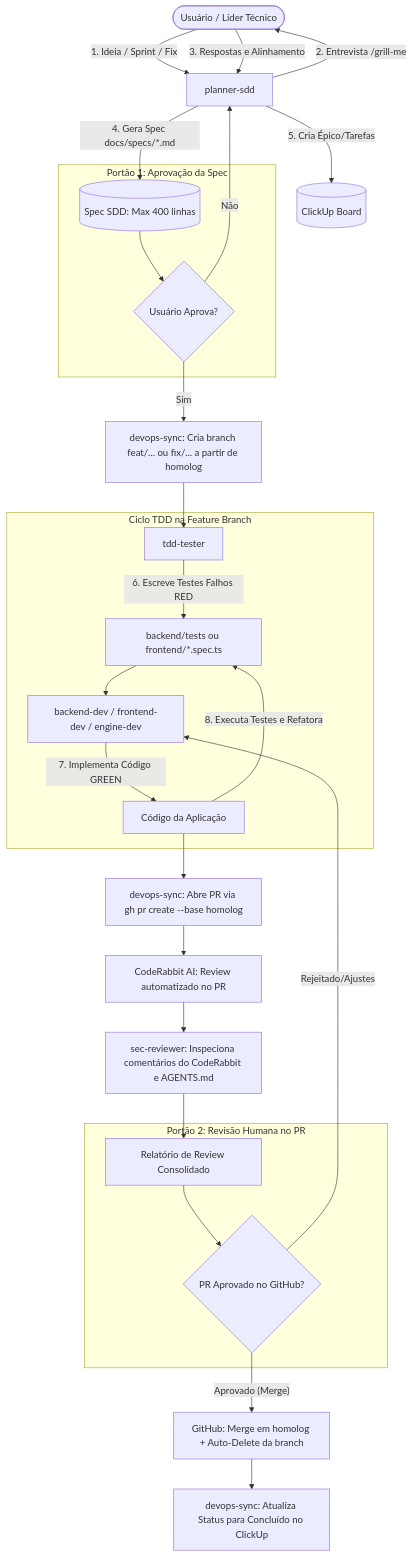
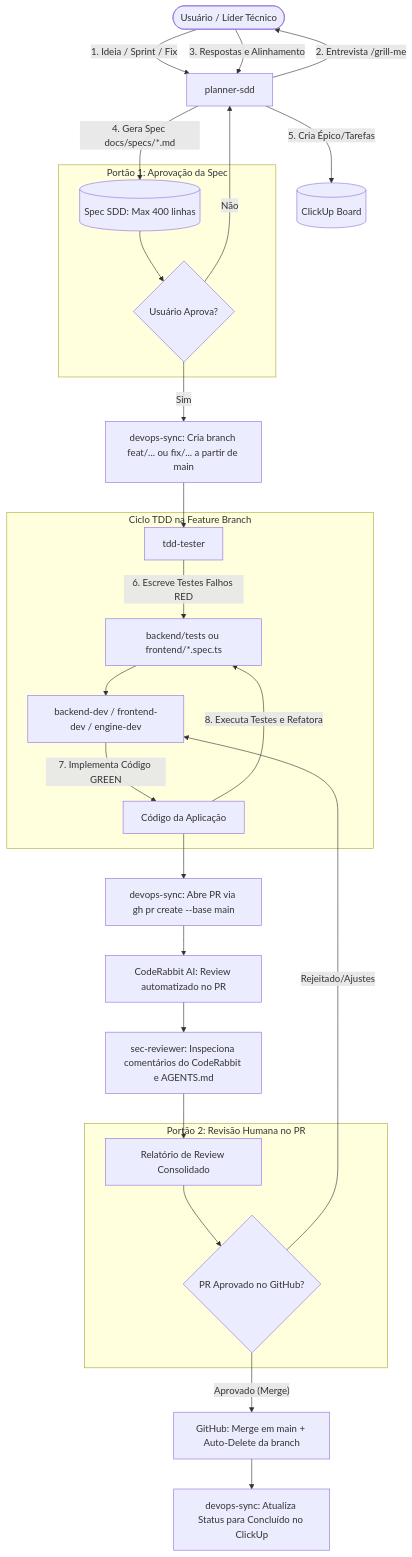
The diagram in .agent/workflows/sdd-cycle.md (ValdVdC/Fabrica-de-Software-Gerenciador-de-salas), drawn with Mermaid before and after one commit. The commit also changed other lines of this file and 7 other files, not shown here.

Commit message:
chore(governance): adotar trunk-based development com branch unica main e release tags

````diff
--- a/.agent/workflows/sdd-cycle.md
+++ b/.agent/workflows/sdd-cycle.md
@@ -9,37 +9,37 @@
 ```mermaid
 flowchart TD
     User([Usuário / Líder Técnico]) -->|1. Ideia / Sprint / Fix| Planner[planner-sdd]
     Planner -->|2. Entrevista /grill-me| User
     User -->|3. Respostas e Alinhamento| Planner
     Planner -->|4. Gera Spec docs/specs/*.md| Spec[(Spec SDD: Max 400 linhas)]
     Planner -->|5. Cria Épico/Tarefas| ClickUp[(ClickUp Board)]
     
     subgraph Gate1 [Portão 1: Aprovação da Spec]
         Spec --> UserApproval1{Usuário Aprova?}
     end
     
     UserApproval1 -- Não --> Planner
-    UserApproval1 -- Sim --> DevOpsBranch[devops-sync: Cria branch feat/... ou fix/... a partir de homolog]
+    UserApproval1 -- Sim --> DevOpsBranch[devops-sync: Cria branch feat/... ou fix/... a partir de main]
     DevOpsBranch --> Tester[tdd-tester]
     
     subgraph TDD_Cycle [Ciclo TDD na Feature Branch]
         Tester -->|6. Escreve Testes Falhos RED| TestSuite[backend/tests ou frontend/*.spec.ts]
         TestSuite --> Dev[backend-dev / frontend-dev / engine-dev]
         Dev -->|7. Implementa Código GREEN| Codebase[Código da Aplicação]
         Codebase -->|8. Executa Testes e Refatora| TestSuite
     end
     
-    Codebase --> OpenPR[devops-sync: Abre PR via gh pr create --base homolog]
+    Codebase --> OpenPR[devops-sync: Abre PR via gh pr create --base main]
     OpenPR --> AIRabbit[CodeRabbit AI: Review automatizado no PR]
     AIRabbit --> SecReview[sec-reviewer: Inspeciona comentários do CodeRabbit e AGENTS.md]
     SecReview --> AuditReport[Relatório de Review Consolidado]
     
     subgraph Gate2 [Portão 2: Revisão Humana no PR]
         AuditReport --> UserApproval2{PR Aprovado no GitHub?}
     end
     
     UserApproval2 -- Rejeitado/Ajustes --> Dev
-    UserApproval2 -- Aprovado (Merge) --> AutoDelete[GitHub: Merge em homolog + Auto-Delete da branch]
+    UserApproval2 -- Aprovado (Merge) --> AutoDelete[GitHub: Merge em main + Auto-Delete da branch]
     
     AutoDelete --> FinalSync[devops-sync: Atualiza Status para Concluído no ClickUp]
 ```
````
